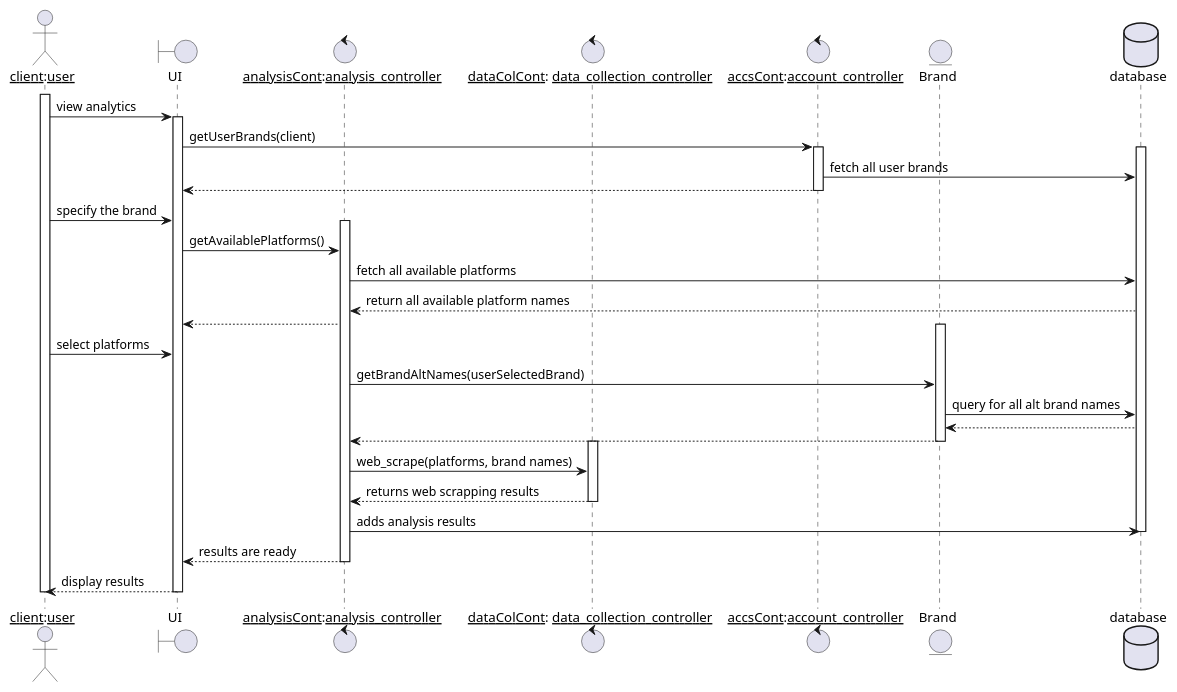
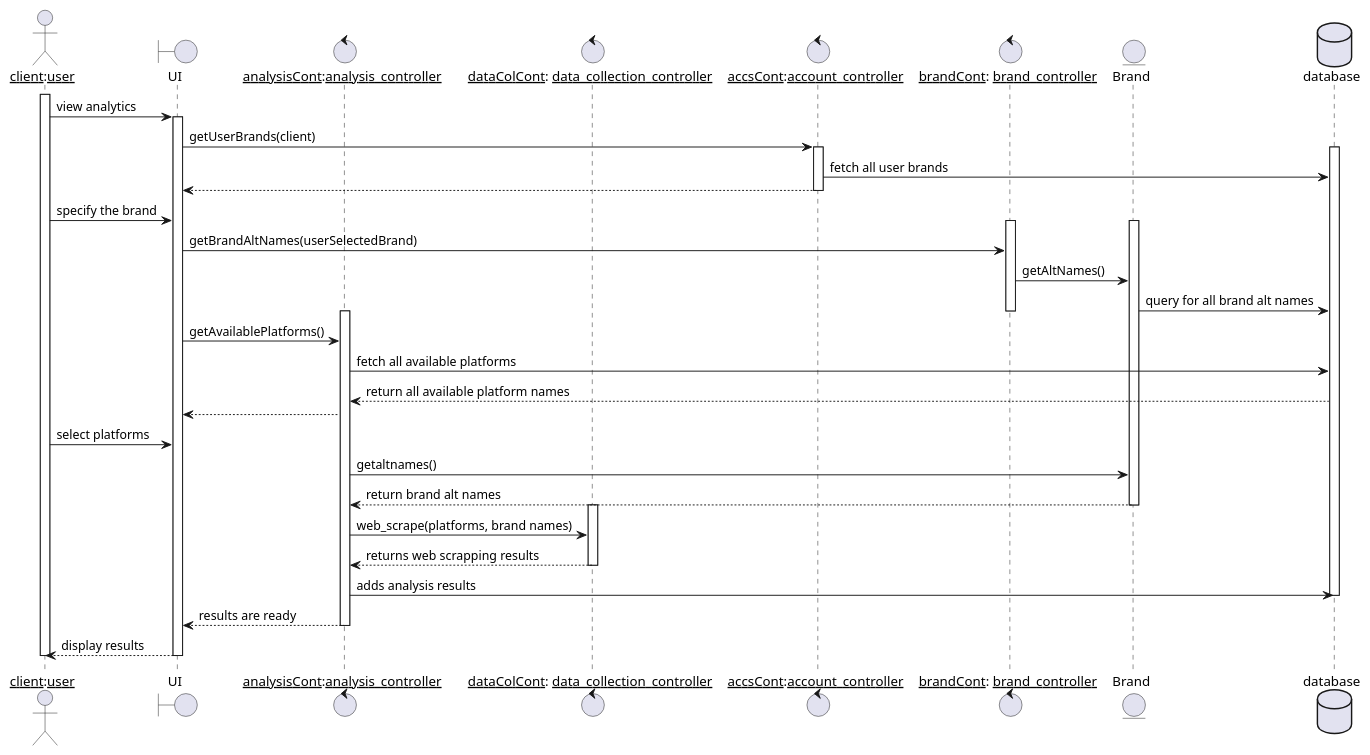
The diagram in Graphs/sequence_view_analytics.puml (NadaaSelim/GP), drawn with PlantUML before and after one commit. The commit also changed 3 other files, not shown here.

```diff
--- a/Graphs/sequence_view_analytics.puml
+++ b/Graphs/sequence_view_analytics.puml
@@ -1,46 +1,54 @@
 @startuml
 actor "__client__:__user__" as client
 boundary UI
 control "__analysisCont__:__analysis_controller__" as AC
 control "__dataColCont__: __data_collection_controller__" as DC
 control "__accsCont__:__account_controller__" as AccsC
+control "__brandCont__: __brand_controller__" as BC
+
 entity Brand
 database database
 
 activate client
 client -> UI: view analytics
 activate UI
 UI -> AccsC: getUserBrands(client)
 activate AccsC
 activate database
 
 AccsC -> database: fetch all user brands
 AccsC --> UI:
 deactivate AccsC
 UI <- client: specify the brand
+activate BC
+activate Brand
+
+UI -> BC : getBrandAltNames(userSelectedBrand)
+BC -> Brand: getAltNames()
+Brand -> database : query for all brand alt names
+
+deactivate BC
 activate AC
 UI -> AC: getAvailablePlatforms()
 AC -> database: fetch all available platforms
 database --> AC: return all available platform names
 AC --> UI: 
-activate Brand
 UI <- client : select platforms
-AC -> Brand: getBrandAltNames(userSelectedBrand)
-Brand -> database: query for all alt brand names
-database --> Brand:
-Brand --> AC:
+AC -> Brand: getaltnames()
+Brand--> AC: return brand alt names
 deactivate Brand
+
 activate DC
 AC -> DC : web_scrape(platforms, brand names)
 DC --> AC: returns web scrapping results
 deactivate DC
 AC -> database : adds analysis results
 deactivate database
 AC --> UI : results are ready
 deactivate AC
 UI --> client : display results
 deactivate UI
 deactivate client
 
 
 @enduml
```
